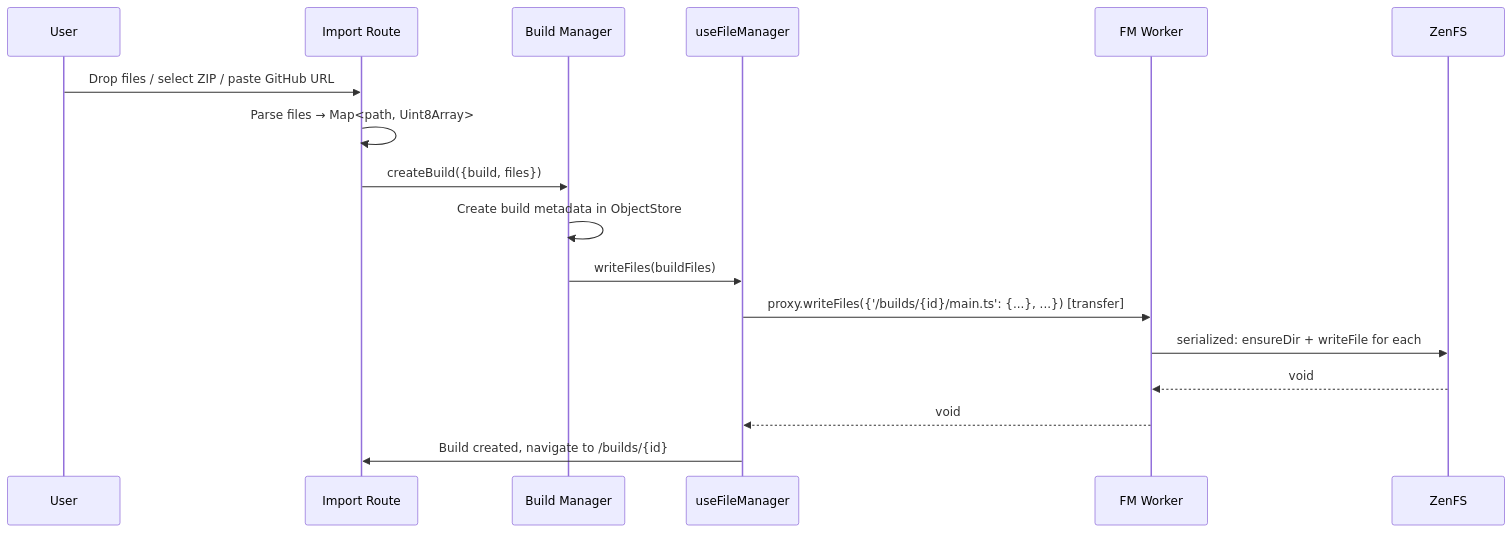
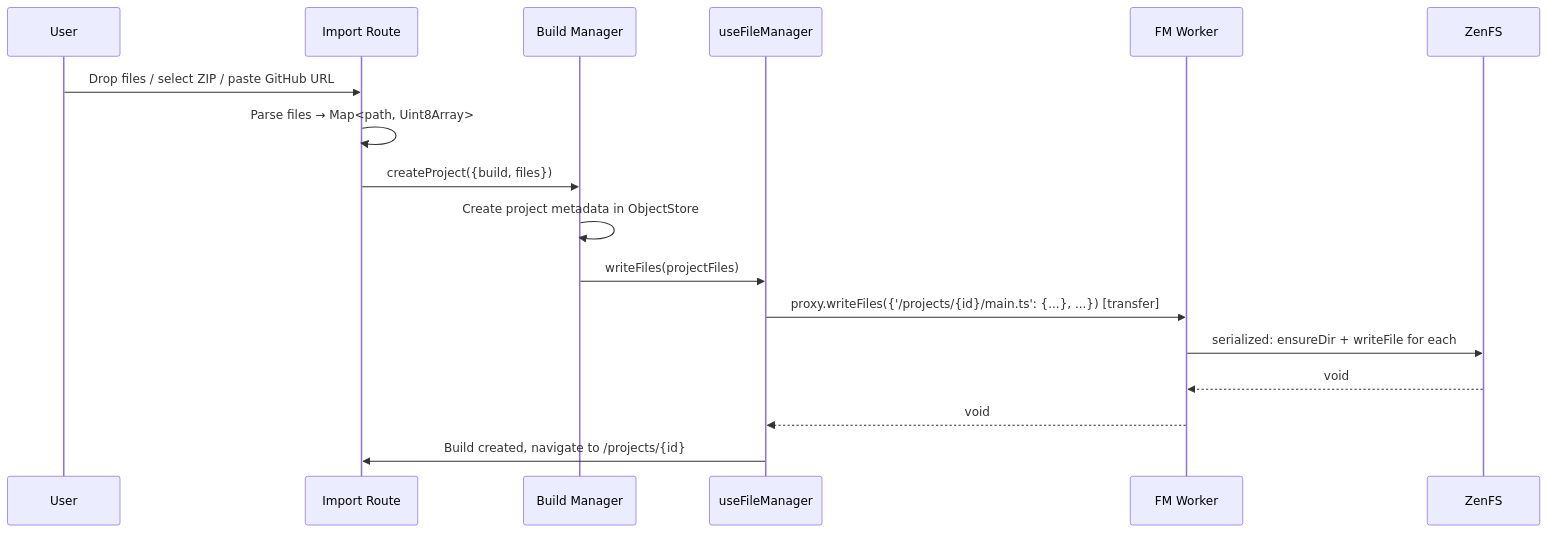
One commit to xupeiwust/tau changed the ninth of 14 diagrams in docs/research/filesystem-architecture.md. Above: the diagram before and after it, drawn with Mermaid. The commit also changed other lines of this file and 305 other files, not shown here.

Commit message:
chore(root): rename builds to projects

````diff
--- a/docs/research/filesystem-architecture.md
+++ b/docs/research/filesystem-architecture.md
@@ -406,20 +406,20 @@
 ```mermaid
 sequenceDiagram
     participant User as User
     participant Import as Import Route
-    participant BuildMgr as Build Manager
+    participant ProjectMgr as Build Manager
     participant Hook as useFileManager
     participant Worker as FM Worker
     participant ZenFS as ZenFS
 
     User->>Import: Drop files / select ZIP / paste GitHub URL
     Import->>Import: Parse files → Map<path, Uint8Array>
-    Import->>BuildMgr: createBuild({build, files})
-    BuildMgr->>BuildMgr: Create build metadata in ObjectStore
-    BuildMgr->>Hook: writeFiles(buildFiles)
-    Hook->>Worker: proxy.writeFiles({'/builds/{id}/main.ts': {...}, ...}) [transfer]
+    Import->>ProjectMgr: createProject({build, files})
+    ProjectMgr->>ProjectMgr: Create project metadata in ObjectStore
+    ProjectMgr->>Hook: writeFiles(projectFiles)
+    Hook->>Worker: proxy.writeFiles({'/projects/{id}/main.ts': {...}, ...}) [transfer]
     Worker->>ZenFS: serialized: ensureDir + writeFile for each
     ZenFS-->>Worker: void
     Worker-->>Hook: void
-    Hook->>Import: Build created, navigate to /builds/{id}
+    Hook->>Import: Build created, navigate to /projects/{id}
 ```
````
